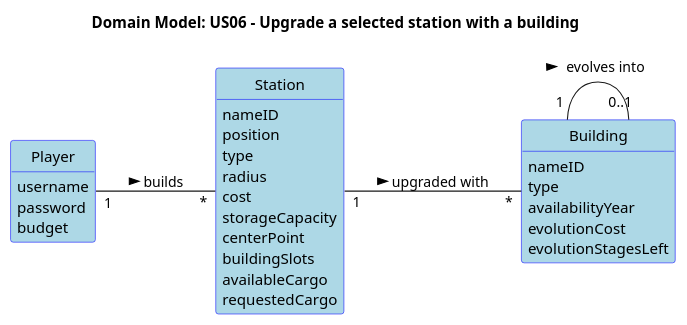
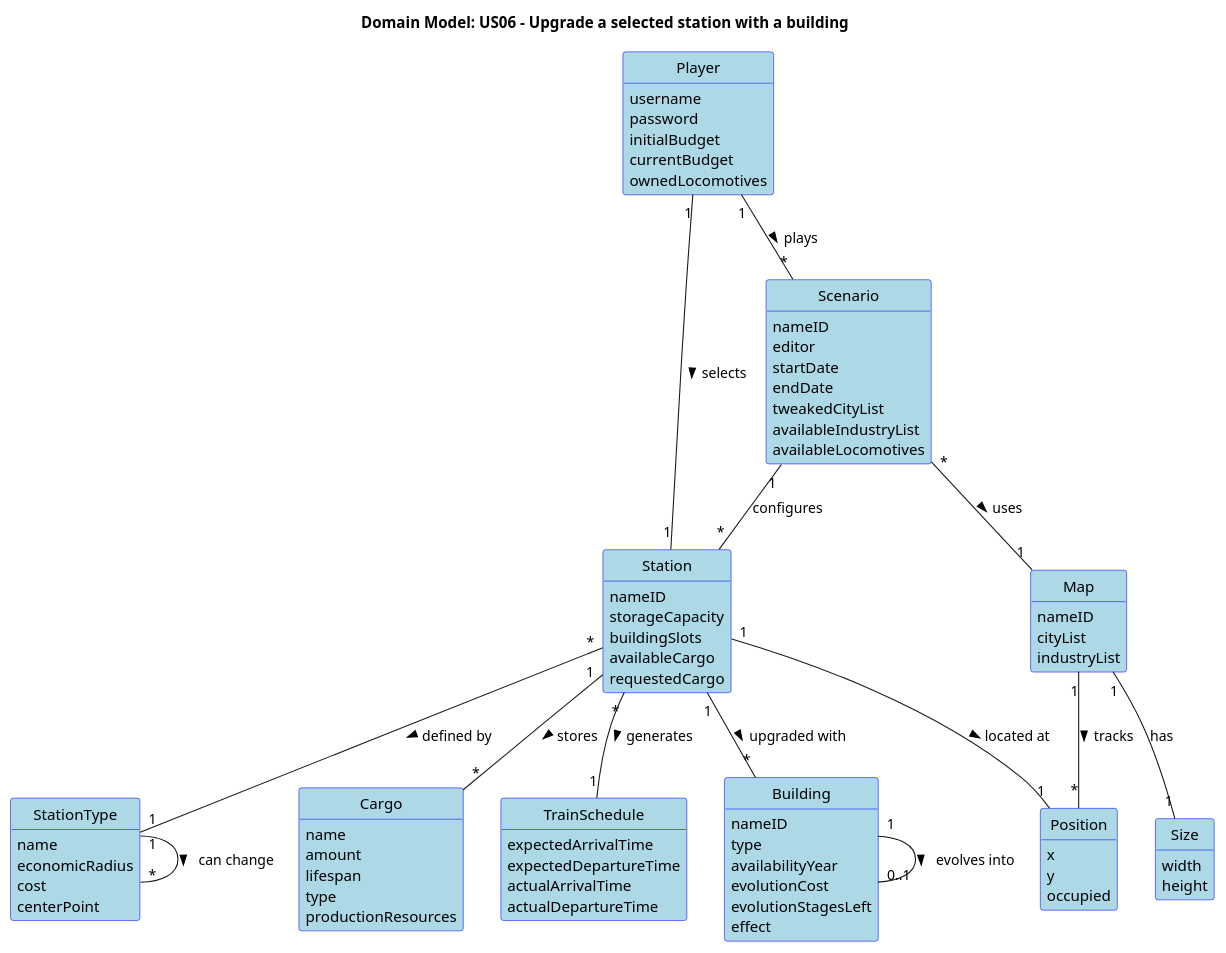
One commit to HenriqueSilva18/Railway-Network-Simulator changed the diagram in docs/system-documentation/Sprint 2/US06/02.analysis/puml/US006-DM.puml. Above: the diagram before and after it, drawn with PlantUML. The commit also changed 22 other files, not shown here.

```diff
--- a/docs/system-documentation/Sprint 2/US06/02.analysis/puml/US006-DM.puml
+++ b/docs/system-documentation/Sprint 2/US06/02.analysis/puml/US006-DM.puml
@@ -1,50 +1,107 @@
 @startuml
 skinparam packageStyle rectangle
 skinparam shadowing false
 skinparam classAttributeIconSize 0
 skinparam class {
   BackgroundColor LightBlue
   BorderColor Blue
 }
-
-left to right direction
 
 skinparam classAttributeIconSize 0
 
 hide circle
 hide methods
 
 title Domain Model: US06 - Upgrade a selected station with a building
 
 class Player {
   username
   password
-  budget
+  initialBudget
+  currentBudget
+  ownedLocomotives
+}
+
+class Map {
+  nameID
+  cityList
+  industryList
+}
+
+class Size {
+  width
+  height
 }
 
 class Station {
   nameID
-  position
-  type
-  radius
-  cost
   storageCapacity
-  centerPoint
   buildingSlots
   availableCargo
   requestedCargo
 }
+
+class StationType {
+  name
+  economicRadius
+  cost
+  centerPoint
+}
+
+class Cargo {
+   name
+   amount
+   lifespan
+   type
+   productionResources
+  }
+
+  class TrainSchedule {
+    expectedArrivalTime
+    expectedDepartureTime
+    actualArrivalTime
+    actualDepartureTime
+  }
 
 class Building {
   nameID
   type
   availabilityYear
   evolutionCost
   evolutionStagesLeft
+  effect
 }
 
-Player "1" -- "*" Station : builds >
+class Scenario {
+  nameID
+  editor
+  startDate
+  endDate
+  tweakedCityList
+  availableIndustryList
+  availableLocomotives
+}
+
+class Position {
+  x
+  y
+  occupied
+}
+
+
+Player "1" -- "1" Station : selects >
+Station "1" -- "*" Cargo : stores >
 Station "1" -- "*" Building : upgraded with >
-Building "1" -- "0..1" Building : evolves into <
+Building "1" -- "0..1" Building : evolves into >
+Station "*" -- "1" TrainSchedule: generates >
+Station "*" -- "1" StationType : defined by >
+StationType "1" -- "*" StationType : can change >
+Map "1" -- "1" Size: has
+Map "1" -- "*" Position : tracks >
+Scenario "*" -- "1" Map : uses >
+Player "1" -- "*" Scenario : plays >
+Scenario "1" -- "*" Station : configures
+Station "1" -- "1" Position : located at >
+
 
 @enduml
```
